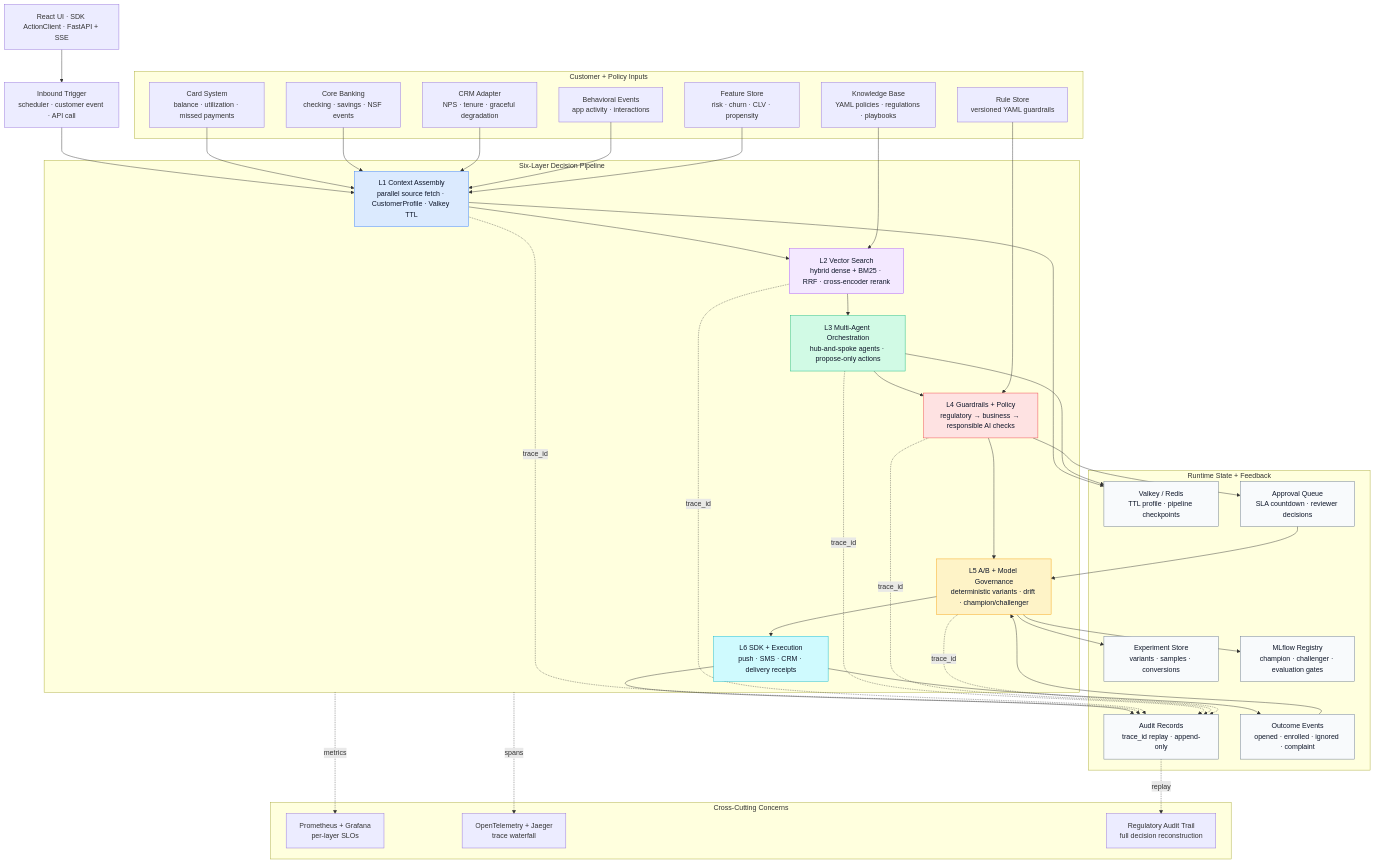
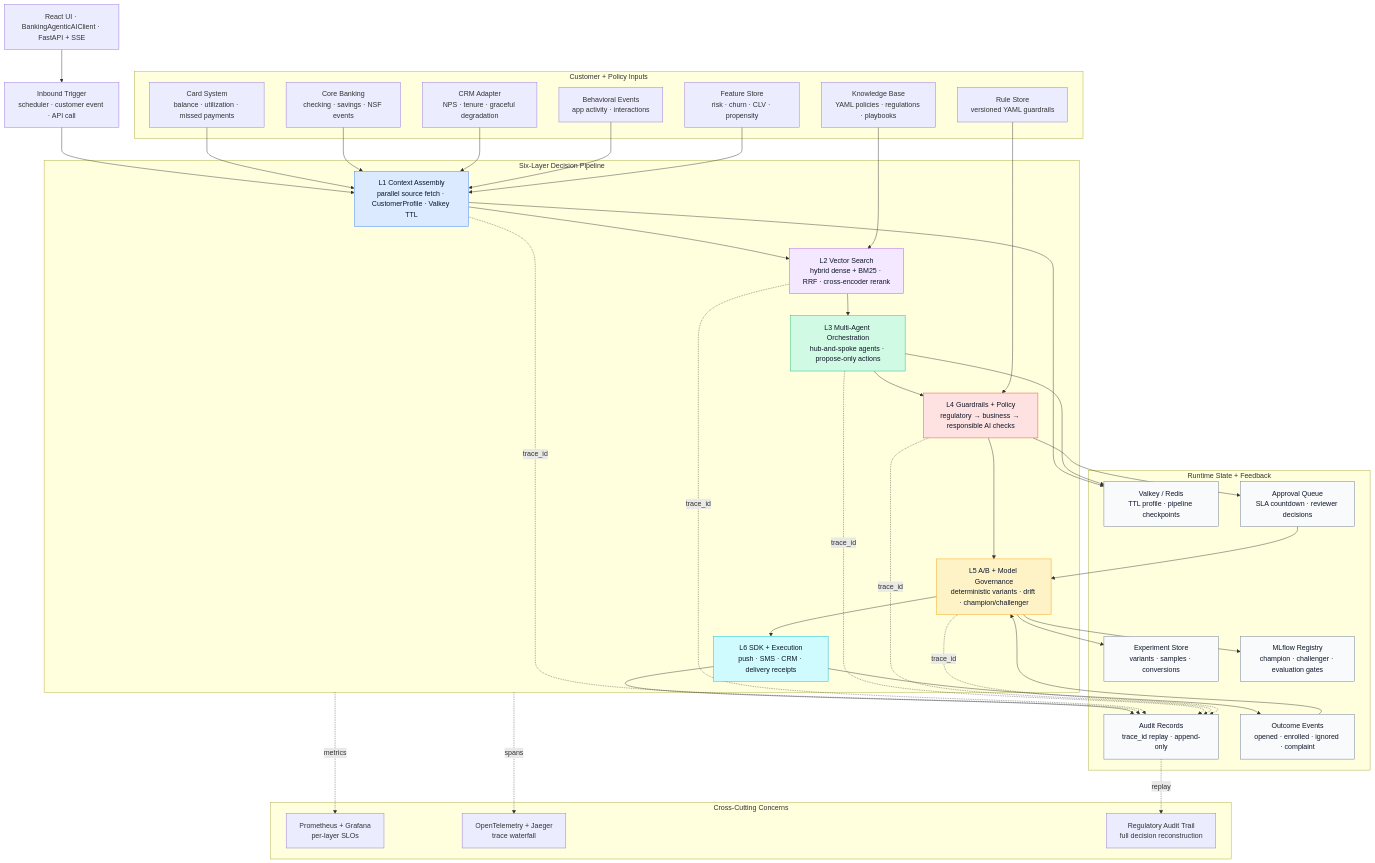
One commit to saralabiswal/agentic-banking-llmops changed the diagram in README.md. Above: the diagram before and after it, drawn with Mermaid. The commit also changed other lines of this file and 5 other files, not shown here.

Commit message:
Rename SDK client for banking platform

````diff
--- a/README.md
+++ b/README.md
@@ -88,7 +88,7 @@
 ```mermaid
 flowchart TB
     trigger["Inbound Trigger<br/>scheduler · customer event · API call"]
-    ui["React UI · SDK ActionClient · FastAPI + SSE"]
+    ui["React UI · BankingAgenticAIClient · FastAPI + SSE"]
 
     subgraph sources["Customer + Policy Inputs"]
         card["Card System<br/>balance · utilization · missed payments"]
````
